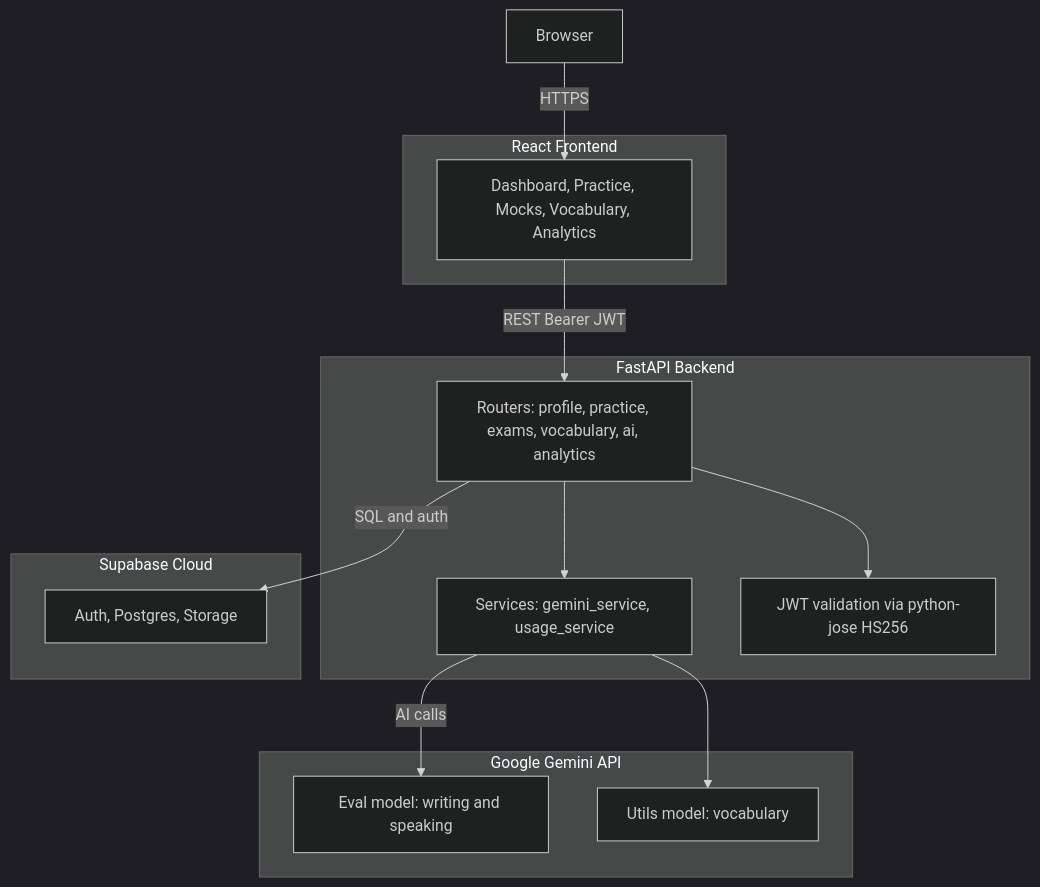
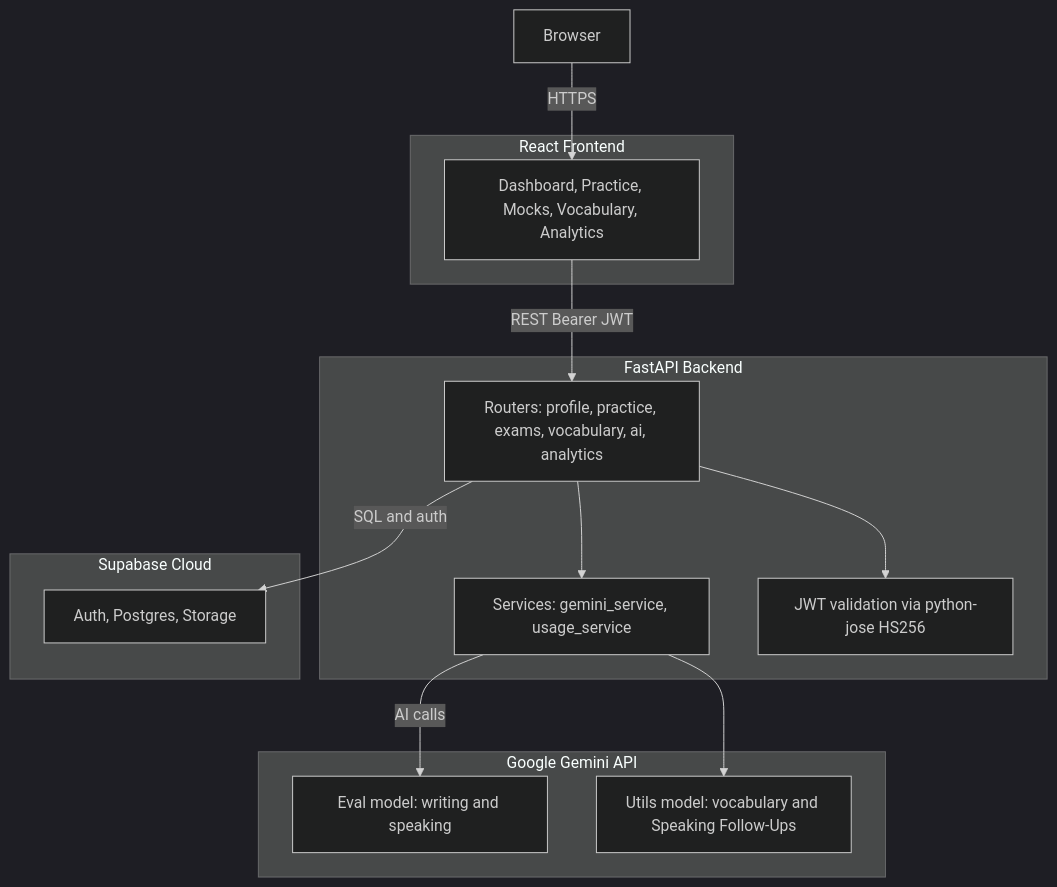
Before and after one commit to Jenil013/Frensify: the diagram in README.md, drawn with Mermaid (dark theme). The commit also changed 15 other files, not shown here.

````diff
--- a/README.md
+++ b/README.md
@@ -11,31 +11,31 @@
 ```mermaid
 flowchart TD
     Browser[Browser]
 
     subgraph frontend [React Frontend]
         Pages[Dashboard, Practice, Mocks, Vocabulary, Analytics]
     end
 
     subgraph api [FastAPI Backend]
         Routers[Routers: profile, practice, exams, vocabulary, ai, analytics]
         Services[Services: gemini_service, usage_service]
         Auth[JWT validation via python-jose HS256]
     end
 
     subgraph supabase [Supabase Cloud]
         SupaStack[Auth, Postgres, Storage]
     end
 
     subgraph gemini [Google Gemini API]
         EvalModel[Eval model: writing and speaking]
-        UtilsModel[Utils model: vocabulary]
+        UtilsModel[Utils model: vocabulary and Speaking Follow-Ups]
     end
 
     Browser -->|HTTPS| Pages
     Pages -->|REST Bearer JWT| Routers
     Routers --> Services
     Routers --> Auth
     Routers -->|SQL and auth| SupaStack
     Services -->|AI calls| EvalModel
     Services --> UtilsModel
 ```
````
